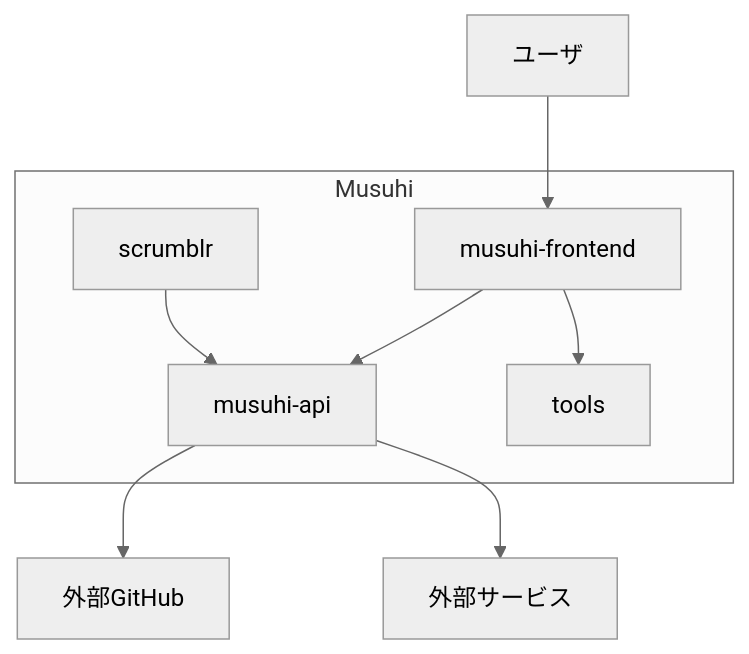
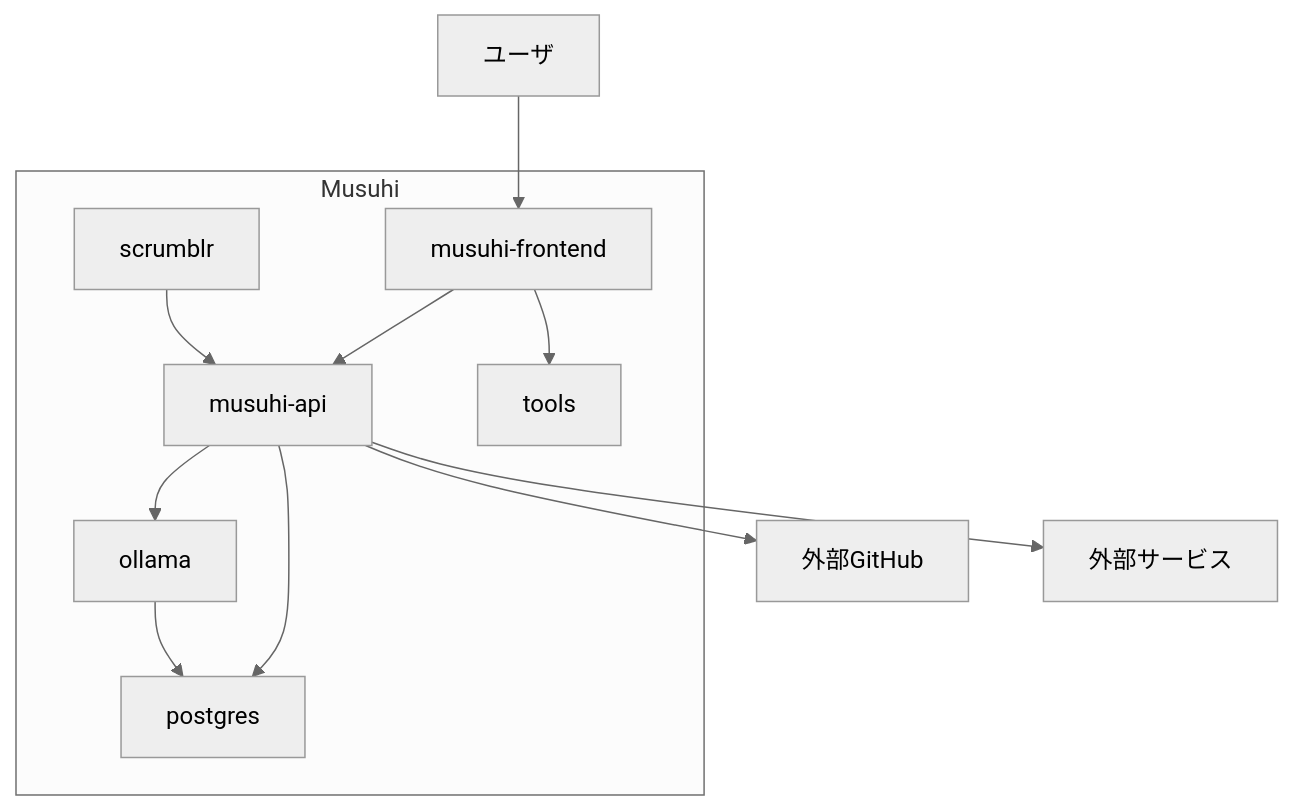
The diagram in _document/003.設計・開発・テストフェーズ/003.設計/システム構成図.md (BossApe/lo-vibe), drawn with Mermaid (neutral theme) before and after one commit. The commit also changed other lines of this file, not shown here.

Commit message:
システム構成図にollamaとpostgresDBを追加

````diff
--- a/_document/003.設計・開発・テストフェーズ/003.設計/システム構成図.md
+++ b/_document/003.設計・開発・テストフェーズ/003.設計/システム構成図.md
@@ -18,18 +21,23 @@
 ```mermaid
 graph TD
     subgraph Musuhi
         A[musuhi-frontend]
         B[musuhi-api]
         C[scrumblr]
         D[tools]
+        E[ollama]
+        F[postgres]
     end
-    E[ユーザ]
-    F[外部GitHub]
-    G[外部サービス]
-    E --> A
+    G[ユーザ]
+    H[外部GitHub]
+    I[外部サービス]
+    G --> A
     A --> B
     B --> F
-    B --> G
+    B --> E
+    B --> H
+    B --> I
     A --> D
     C --> B
+    E --> F
 ```
````
